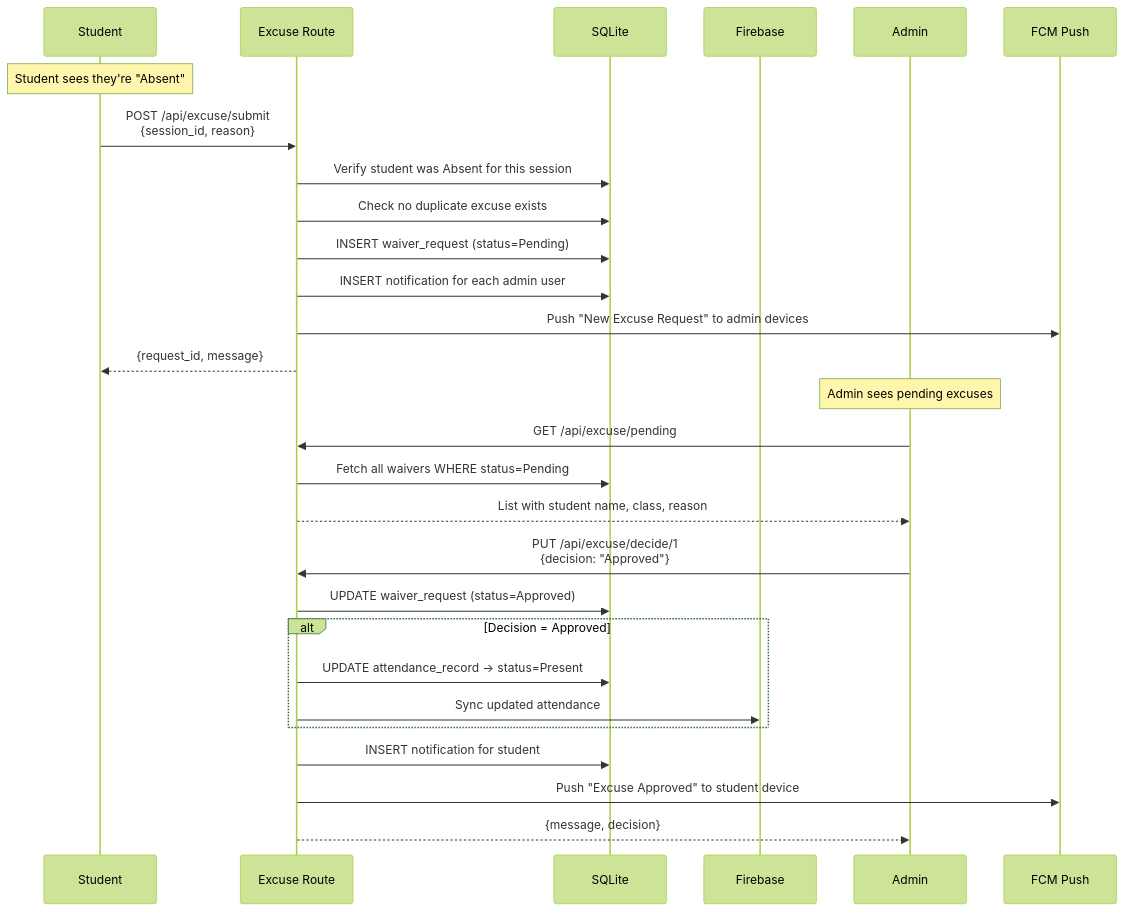
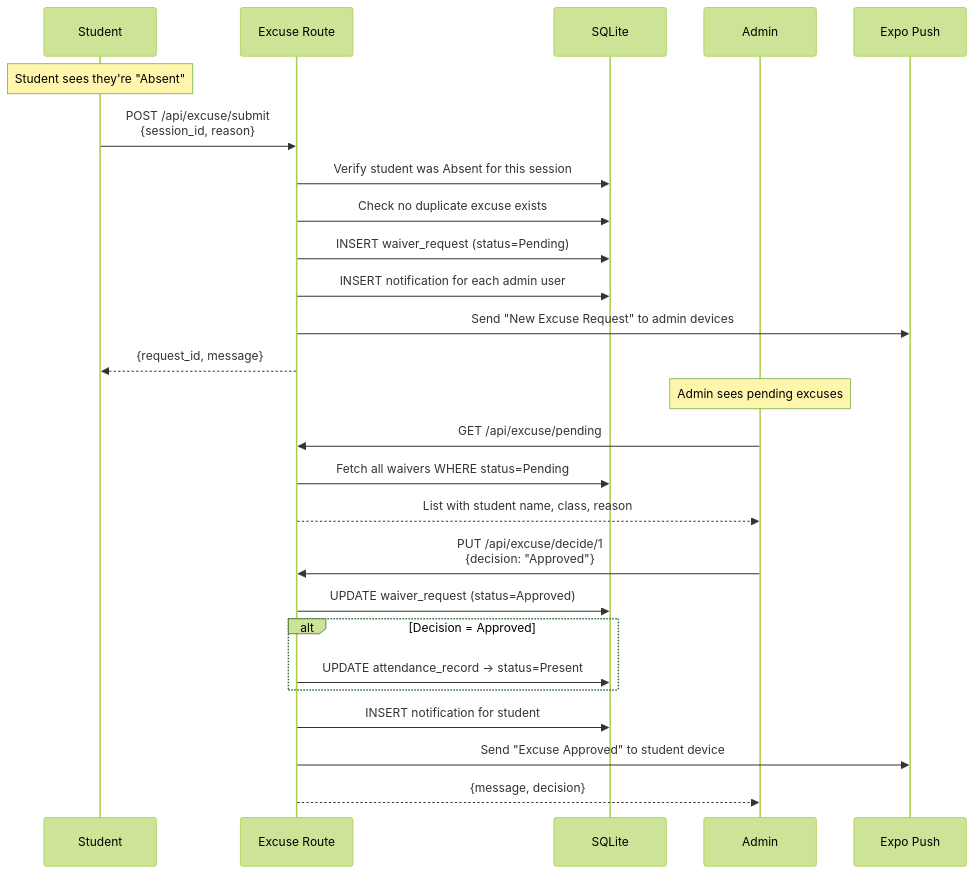
Before and after one commit to BishalLamichhane777/Project_Capstone: the ninth of 11 diagrams in Backend Sajak/backend/backend/PROJECT_FLOW.md, drawn with Mermaid (forest theme). The commit also changed other lines of this file and 31 other files, not shown here.

````diff
--- a/Backend Sajak/backend/backend/PROJECT_FLOW.md
+++ b/Backend Sajak/backend/backend/PROJECT_FLOW.md
@@ -433,37 +421,35 @@
 ```mermaid
 sequenceDiagram
     participant S as Student
     participant API as Excuse Route
     participant DB as SQLite
-    participant FB as Firebase
     participant A as Admin
-    participant FCM as FCM Push
+    participant Push as Expo Push
 
     Note over S: Student sees they're "Absent"
 
     S->>API: POST /api/excuse/submit<br/>{session_id, reason}
     API->>DB: Verify student was Absent for this session
     API->>DB: Check no duplicate excuse exists
     API->>DB: INSERT waiver_request (status=Pending)
     API->>DB: INSERT notification for each admin user
-    API->>FCM: Push "New Excuse Request" to admin devices
+    API->>Push: Send "New Excuse Request" to admin devices
     API-->>S: {request_id, message}
 
     Note over A: Admin sees pending excuses
 
     A->>API: GET /api/excuse/pending
     API->>DB: Fetch all waivers WHERE status=Pending
     API-->>A: List with student name, class, reason
 
     A->>API: PUT /api/excuse/decide/1<br/>{decision: "Approved"}
     API->>DB: UPDATE waiver_request (status=Approved)
     
     alt Decision = Approved
         API->>DB: UPDATE attendance_record → status=Present
-        API->>FB: Sync updated attendance
     end
     
     API->>DB: INSERT notification for student
-    API->>FCM: Push "Excuse Approved" to student device
+    API->>Push: Send "Excuse Approved" to student device
     API-->>A: {message, decision}
 ```
````
